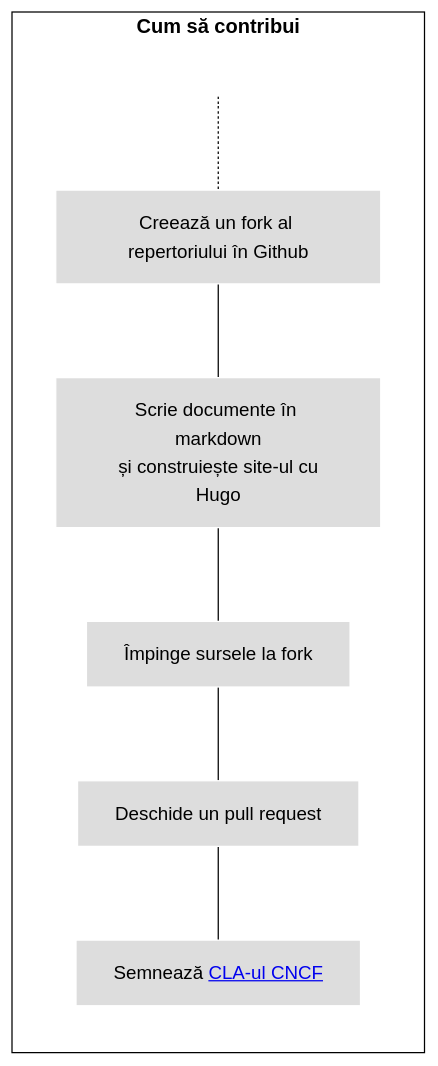
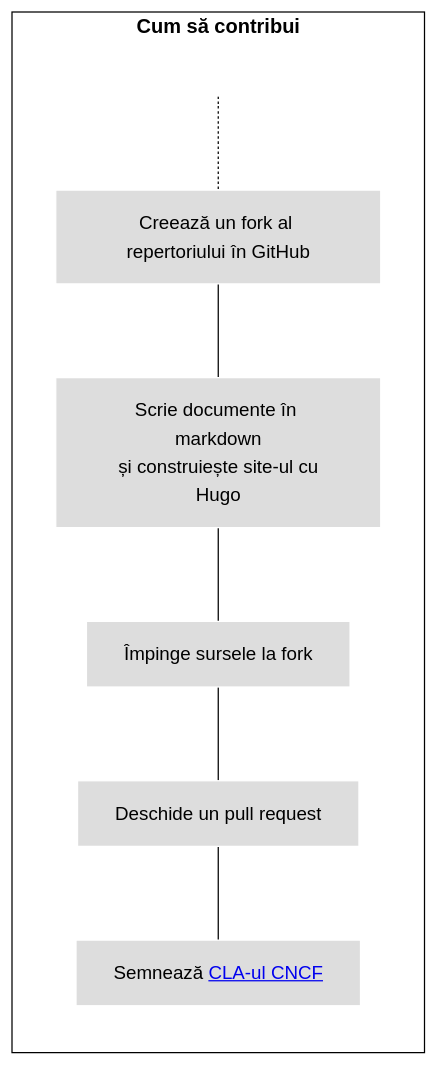
Before and after one commit to open-telemetry/opentelemetry.io: the first of 4 diagrams in content/ro/docs/contributing/pull-requests.md, drawn with Mermaid (forest theme). The commit also changed other lines of this file and 1 other file, not shown here.

````diff
--- a/content/ro/docs/contributing/pull-requests.md
+++ b/content/ro/docs/contributing/pull-requests.md
@@ -54,18 +60,18 @@
 ```mermaid
 flowchart LR
     subgraph first[Cum să contribui]
     direction TB
        T[ ] -.-
-       B[Creează un fork al repertoriului în Github] --- C[Scrie documente în markdown<br> și construiește site-ul cu Hugo]
+       B[Creează un fork al repertoriului în GitHub] --- C[Scrie documente în markdown<br> și construiește site-ul cu Hugo]
        C --- D[Împinge sursele la fork]
        D --- E[Deschide un pull request]
        E --- F[Semnează <a href="../prerequisites/#cla">CLA-ul CNCF</a>]
     end
 
 classDef grey fill:#dddddd,stroke:#ffffff,stroke-width:px,color:#000000, font-size:15px;
 classDef white fill:#ffffff,stroke:#000,stroke-width:px,color:#000,font-weight:bold
 classDef spacewhite fill:#ffffff,stroke:#fff,stroke-width:0px,color:#000
 class A,B,C,D,E,F,G,H grey
 class S,T spacewhite
 class first,second white
 ```
````
